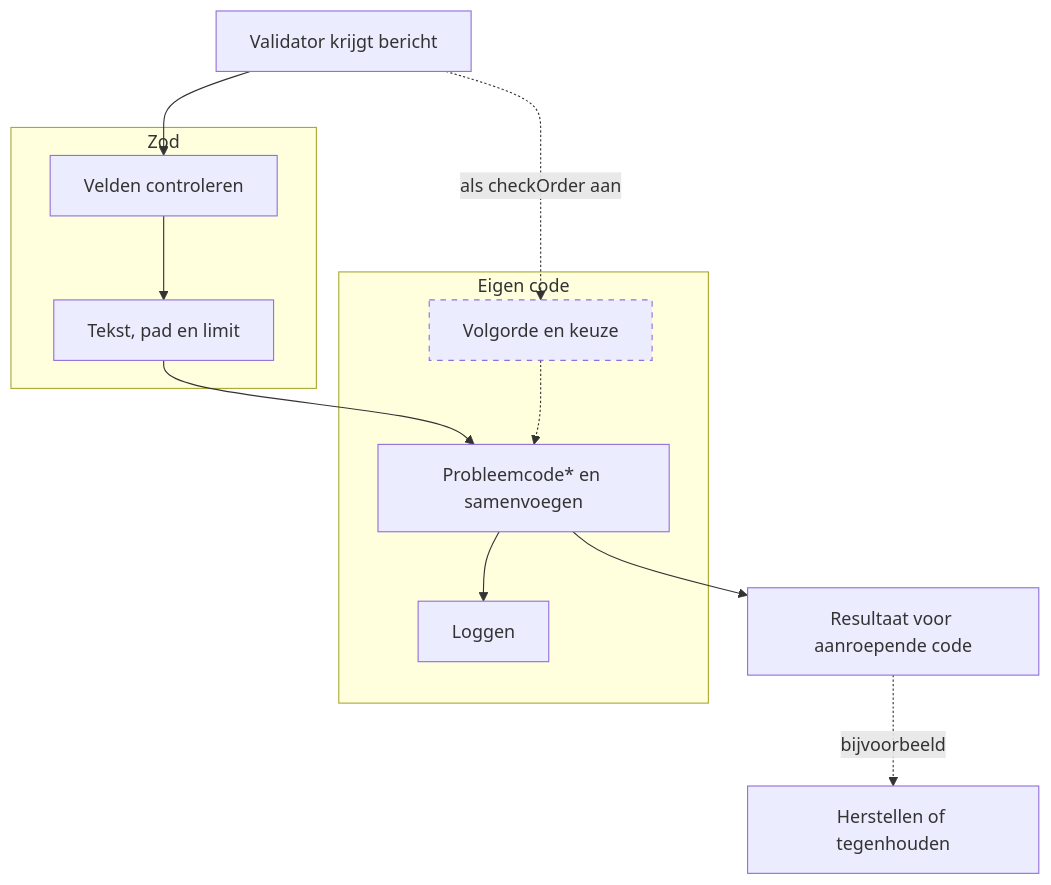
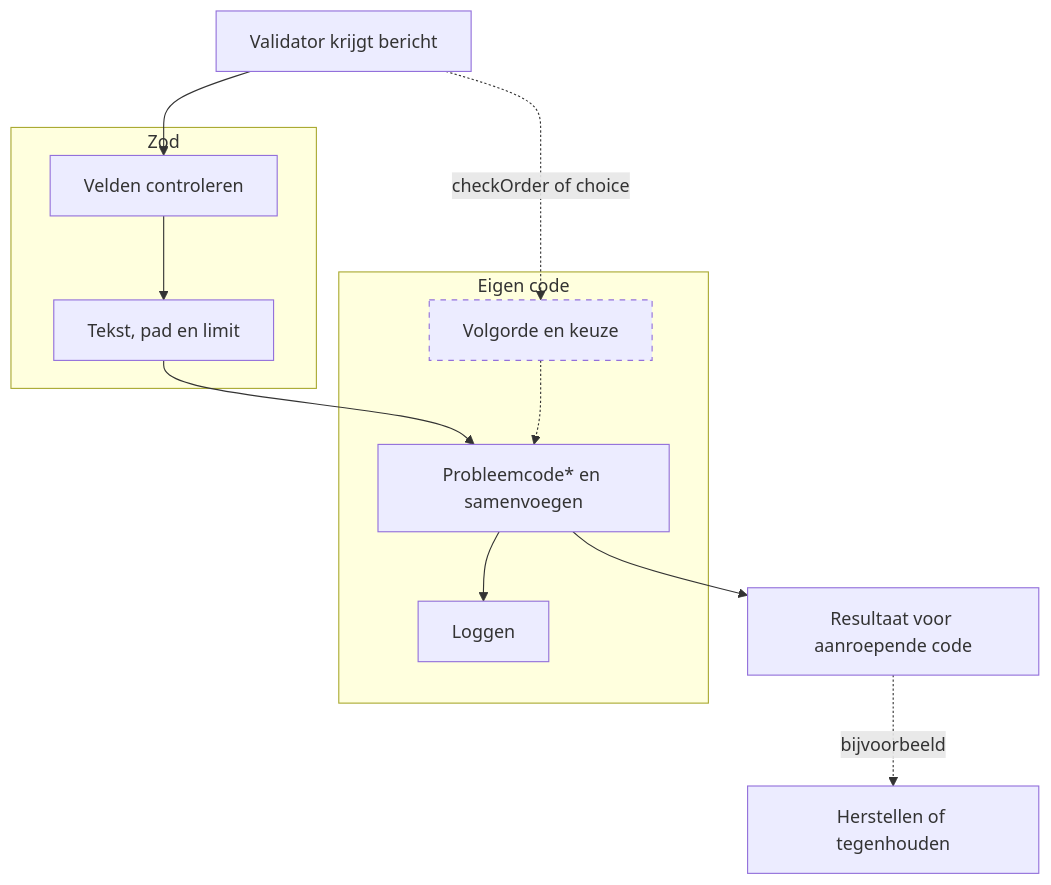
One commit to GemeenteNijmegen/aanvragen-sociaal-domein changed the diagram in src/validate/docs/technische-keuzes.md. Above: the diagram before and after it, drawn with Mermaid. The commit also changed 3 other files, not shown here.

````diff
--- a/src/validate/docs/technische-keuzes.md
+++ b/src/validate/docs/technische-keuzes.md
@@ -18,23 +18,23 @@
 ```mermaid
 flowchart TD
     In[Validator krijgt bericht]
     subgraph zod[Zod]
         V[Velden controleren]
         T[Tekst, pad en limit]
     end
     subgraph eigen[Eigen code]
         O[Volgorde en keuze]
         M[Probleemcode* en samenvoegen]
         L[Loggen]
     end
     In --> V
-    In -.->|als checkOrder aan| O
+    In -.->|checkOrder of choice| O
     V --> T
     T --> M
     O -.-> M
     M --> L
     M --> R[Resultaat voor aanroepende code]
     R -.->|bijvoorbeeld| H[Herstellen of tegenhouden]
     classDef optional stroke-dasharray: 5 5
     class O optional
 ```
````
